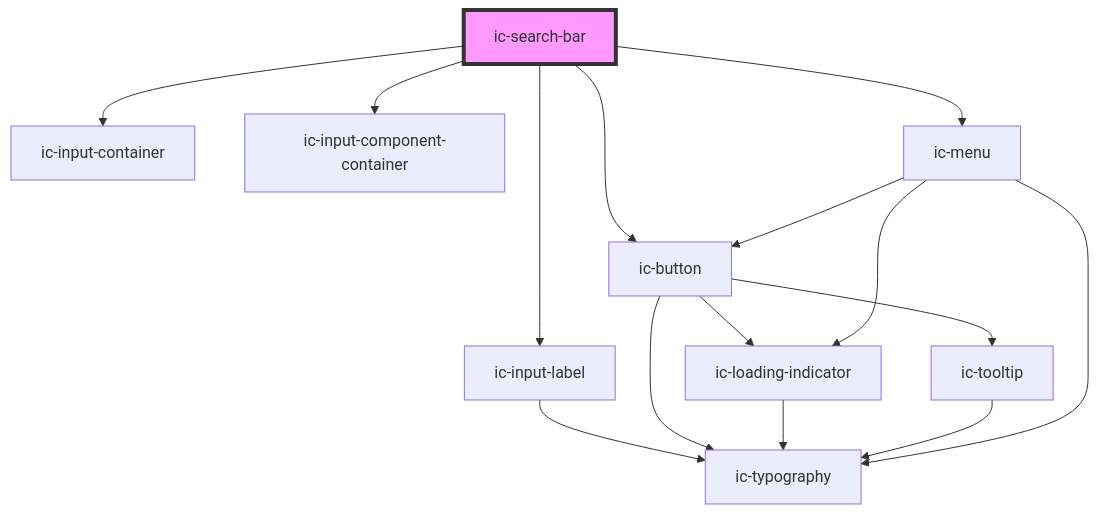
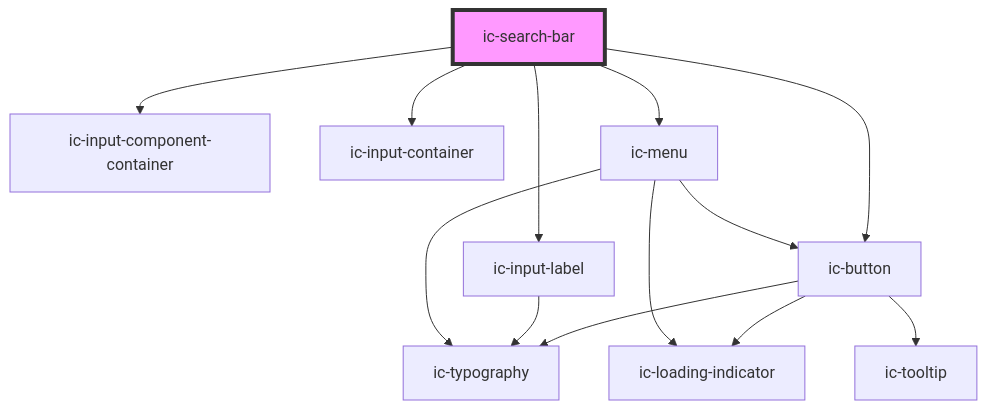
One commit to mi6/ic-ui-kit changed the diagram in packages/web-components/src/components/ic-search-bar/readme.md. Above: the diagram before and after it, drawn with Mermaid. The commit also changed other lines of this file and 13 other files, not shown here.

````diff
--- a/packages/web-components/src/components/ic-search-bar/readme.md
+++ b/packages/web-components/src/components/ic-search-bar/readme.md
@@ -100,18 +101,16 @@
 ```mermaid
 graph TD;
+  ic-search-bar --> ic-button
+  ic-search-bar --> ic-input-component-container
   ic-search-bar --> ic-input-container
   ic-search-bar --> ic-input-label
-  ic-search-bar --> ic-input-component-container
-  ic-search-bar --> ic-button
   ic-search-bar --> ic-menu
-  ic-input-label --> ic-typography
   ic-button --> ic-typography
   ic-button --> ic-loading-indicator
   ic-button --> ic-tooltip
-  ic-loading-indicator --> ic-typography
-  ic-tooltip --> ic-typography
+  ic-input-label --> ic-typography
   ic-menu --> ic-loading-indicator
   ic-menu --> ic-typography
   ic-menu --> ic-button
   style ic-search-bar fill:#f9f,stroke:#333,stroke-width:4px
 ```
````
